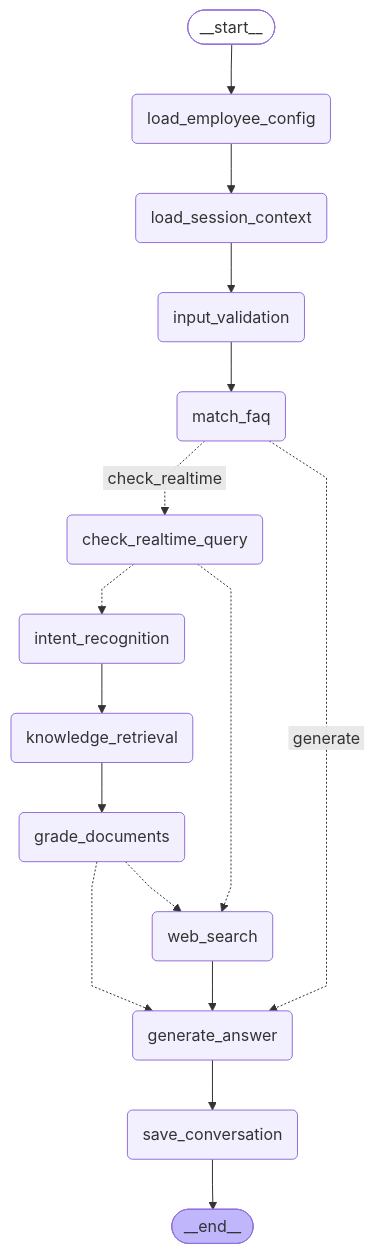
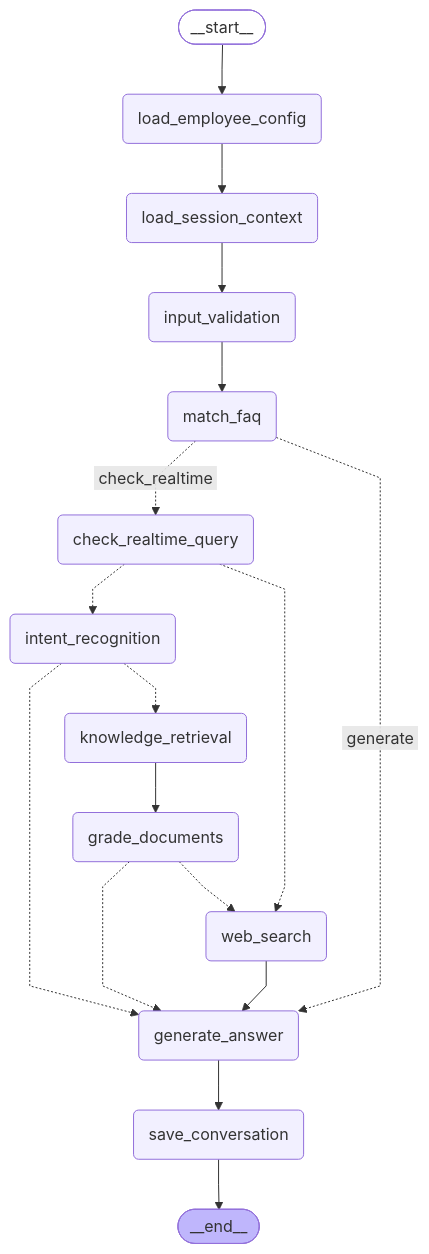
The diagram in ai-service/graph_debug/crag_graph.mmd (perfectbullet/ZengKingMorphe), drawn with Mermaid before and after one commit. The commit also changed 4 other files, not shown here.

```diff
--- a/ai-service/graph_debug/crag_graph.mmd
+++ b/ai-service/graph_debug/crag_graph.mmd
@@ -1,37 +1,38 @@
 ---
 config:
   flowchart:
     curve: linear
 ---
 graph TD;
 	__start__([<p>__start__</p>]):::first
 	load_employee_config(load_employee_config)
 	load_session_context(load_session_context)
 	input_validation(input_validation)
 	match_faq(match_faq)
 	check_realtime_query(check_realtime_query)
 	intent_recognition(intent_recognition)
 	knowledge_retrieval(knowledge_retrieval)
 	grade_documents(grade_documents)
 	web_search(web_search)
 	generate_answer(generate_answer)
 	save_conversation(save_conversation)
 	__end__([<p>__end__</p>]):::last
 	__start__ --> load_employee_config;
 	check_realtime_query -.-> intent_recognition;
 	check_realtime_query -.-> web_search;
 	generate_answer --> save_conversation;
 	grade_documents -.-> generate_answer;
 	grade_documents -.-> web_search;
 	input_validation --> match_faq;
-	intent_recognition --> knowledge_retrieval;
+	intent_recognition -.-> generate_answer;
+	intent_recognition -.-> knowledge_retrieval;
 	knowledge_retrieval --> grade_documents;
 	load_employee_config --> load_session_context;
 	load_session_context --> input_validation;
 	match_faq -. &nbsp;check_realtime&nbsp; .-> check_realtime_query;
 	match_faq -. &nbsp;generate&nbsp; .-> generate_answer;
 	web_search --> generate_answer;
 	save_conversation --> __end__;
 	classDef default fill:#f2f0ff,line-height:1.2
 	classDef first fill-opacity:0
 	classDef last fill:#bfb6fc
```
